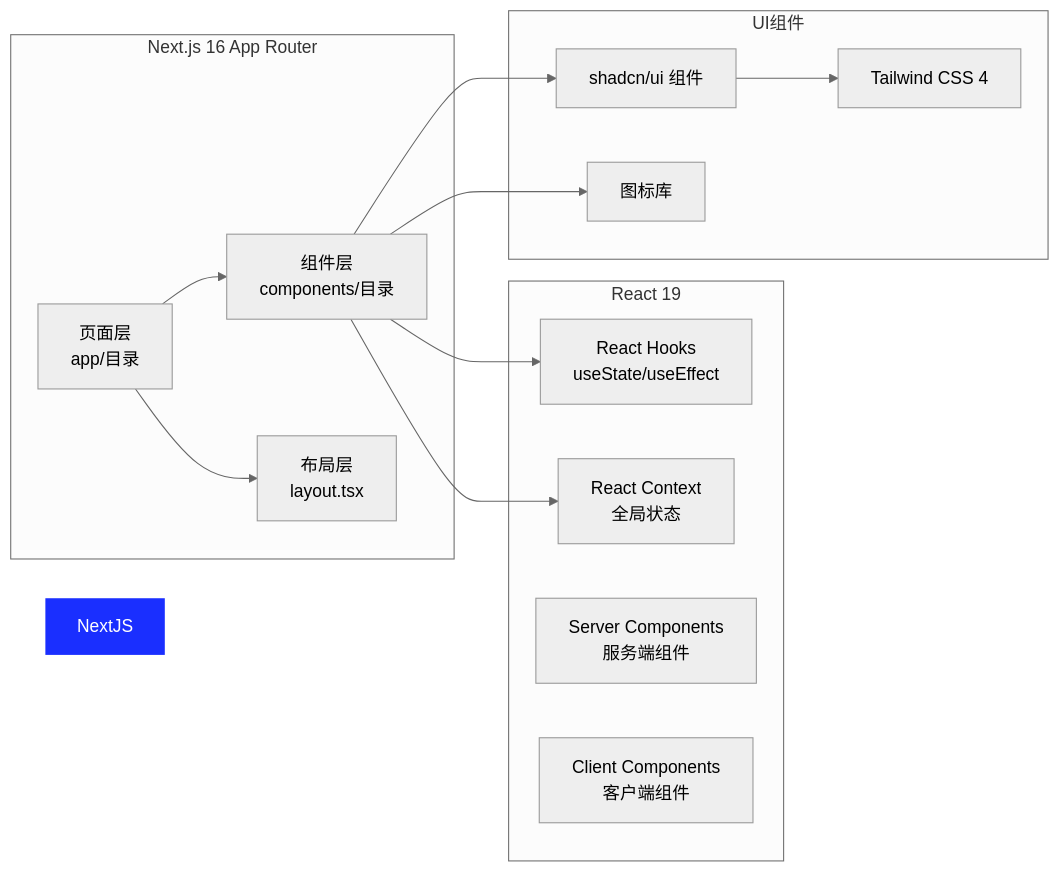
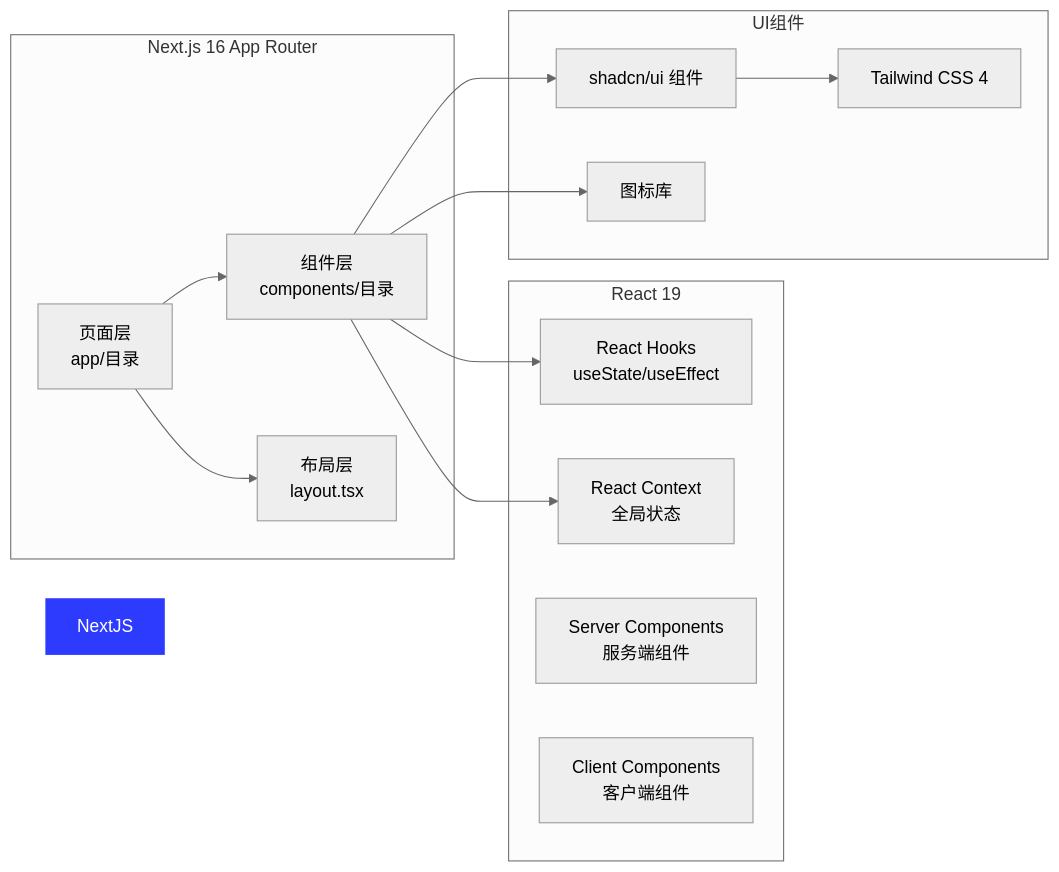
The second of 13 diagrams in project_20260526_111004/projects/docs/System-Architecture.md (asfjwnjeff/CIM2.0), drawn with Mermaid (neutral theme) before and after one commit. The commit also changed other lines of this file and 74 other files, not shown here.

````diff
--- a/project_20260526_111004/projects/docs/System-Architecture.md
+++ b/project_20260526_111004/projects/docs/System-Architecture.md
@@ -168,31 +168,31 @@
 ```mermaid
 graph LR
     subgraph "Next.js 16 App Router"
         Pages[页面层<br/>app/目录]
         Components[组件层<br/>components/目录]
         Layouts[布局层<br/>layout.tsx]
     end
 
     subgraph "React 19"
         Hooks[React Hooks<br/>useState/useEffect]
         Context[React Context<br/>全局状态]
         ServerComponents[Server Components<br/>服务端组件]
         ClientComponents[Client Components<br/>客户端组件]
     end
 
     subgraph "UI组件"
         shadcn[shadcn/ui 组件]
         Tailwind[Tailwind CSS 4]
         Icons[图标库]
     end
 
     Pages --> Layouts
     Pages --> Components
     Components --> Hooks
     Components --> Context
     Components --> shadcn
     shadcn --> Tailwind
     Components --> Icons
 
-    style NextJS fill:#1A2FFF,stroke:#fff,stroke-width:2px,color:#fff
+    style NextJS fill:#2D3BFF,stroke:#fff,stroke-width:2px,color:#fff
 ```
````
